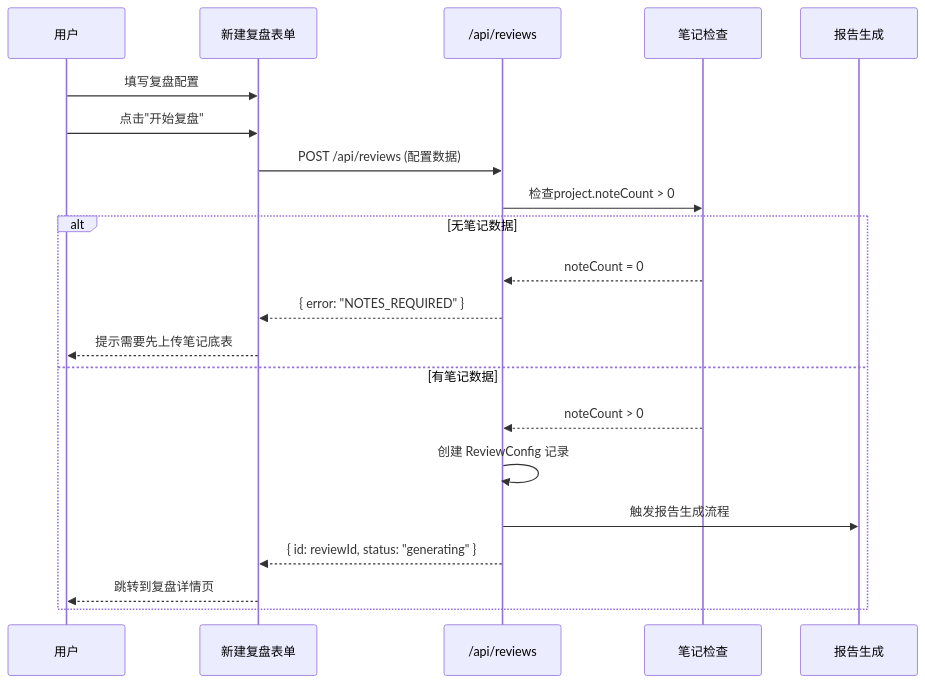
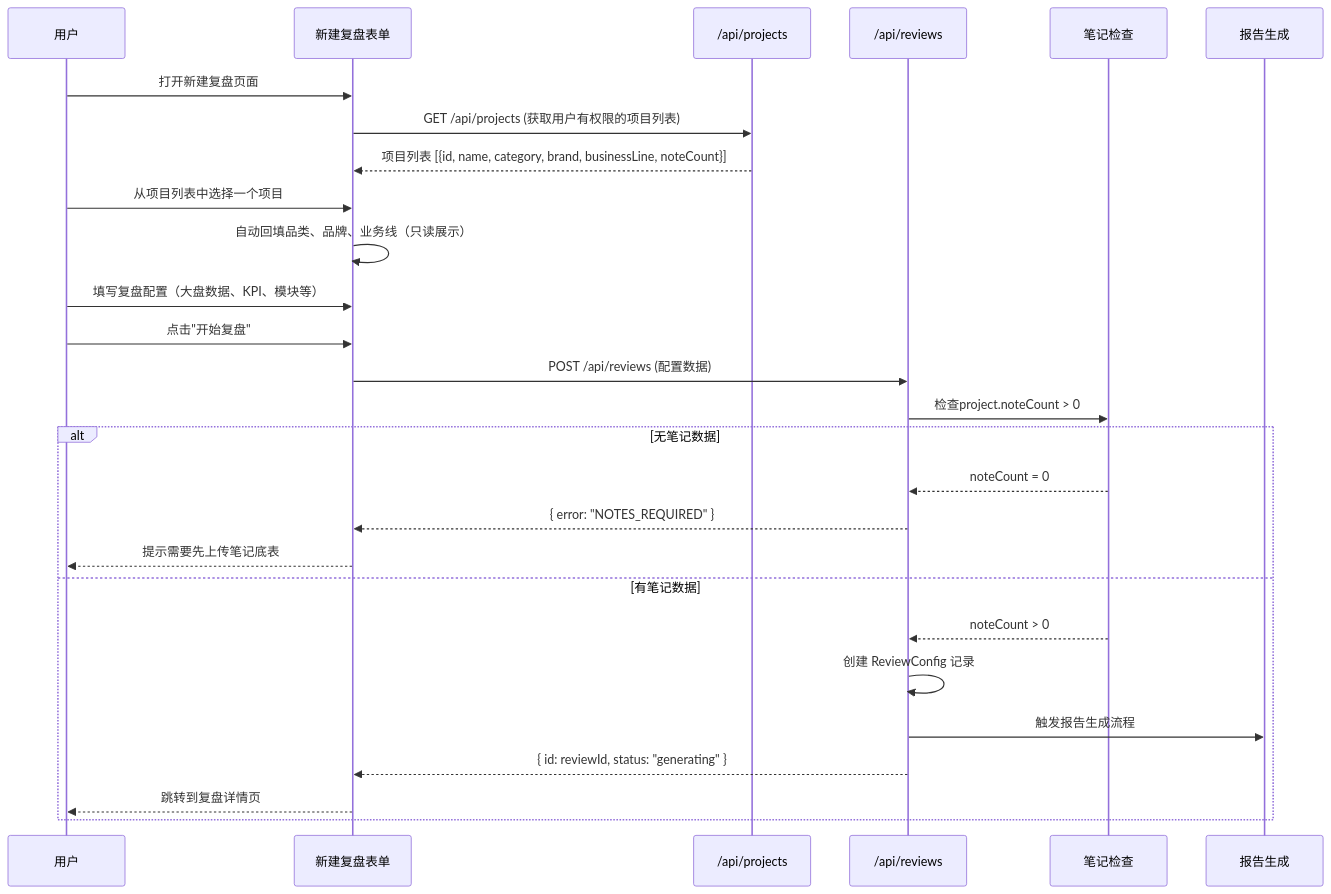
Before and after one commit to renzhan/ppp: the fourth of 4 diagrams in .kiro/specs/page-redesign-v2/design.md, drawn with Mermaid. The commit also changed other lines of this file and 3 other files, not shown here.

````diff
--- a/.kiro/specs/page-redesign-v2/design.md
+++ b/.kiro/specs/page-redesign-v2/design.md
@@ -488,24 +523,30 @@
 ```mermaid
 sequenceDiagram
     participant User as 用户
     participant Form as 新建复盘表单
+    participant ProjAPI as /api/projects
     participant API as /api/reviews
     participant Check as 笔记检查
     participant Gen as 报告生成
 
-    User->>Form: 填写复盘配置
+    User->>Form: 打开新建复盘页面
+    Form->>ProjAPI: GET /api/projects (获取用户有权限的项目列表)
+    ProjAPI-->>Form: 项目列表 [{id, name, category, brand, businessLine, noteCount}]
+    User->>Form: 从项目列表中选择一个项目
+    Form->>Form: 自动回填品类、品牌、业务线（只读展示）
+    User->>Form: 填写复盘配置（大盘数据、KPI、模块等）
     User->>Form: 点击"开始复盘"
     Form->>API: POST /api/reviews (配置数据)
     API->>Check: 检查project.noteCount > 0
     alt 无笔记数据
         Check-->>API: noteCount = 0
         API-->>Form: { error: "NOTES_REQUIRED" }
         Form-->>User: 提示需要先上传笔记底表
     else 有笔记数据
         Check-->>API: noteCount > 0
         API->>API: 创建 ReviewConfig 记录
         API->>Gen: 触发报告生成流程
         API-->>Form: { id: reviewId, status: "generating" }
         Form-->>User: 跳转到复盘详情页
     end
 ```
````
